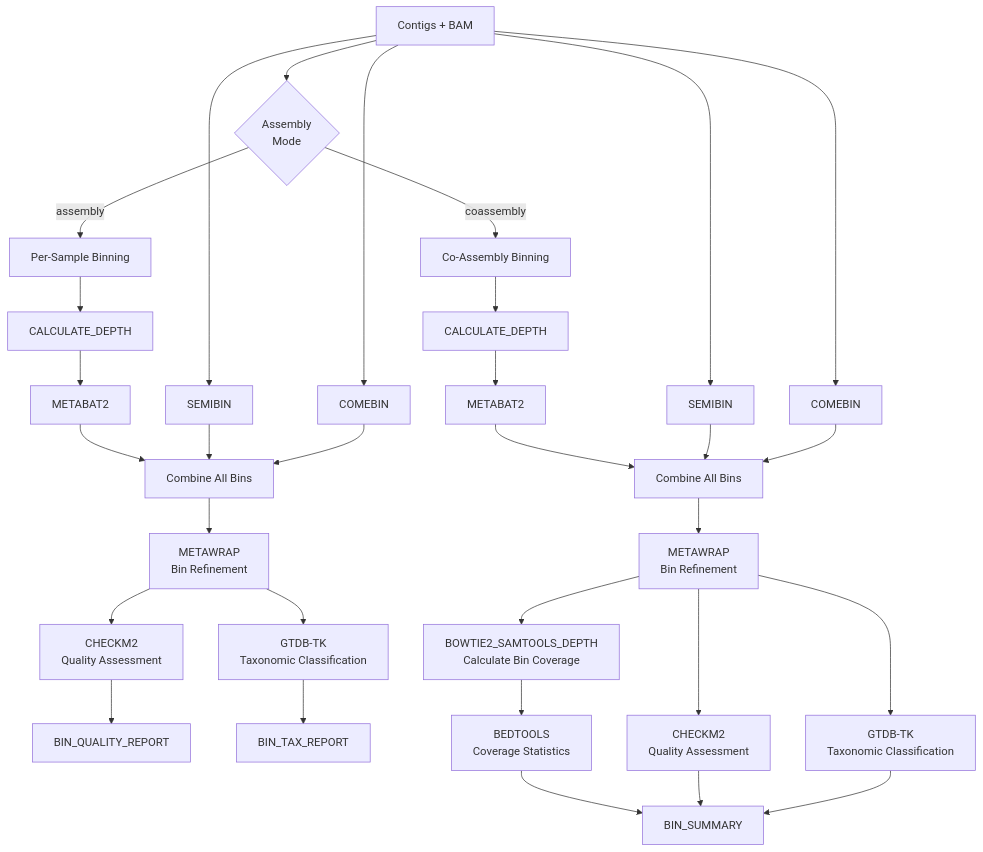
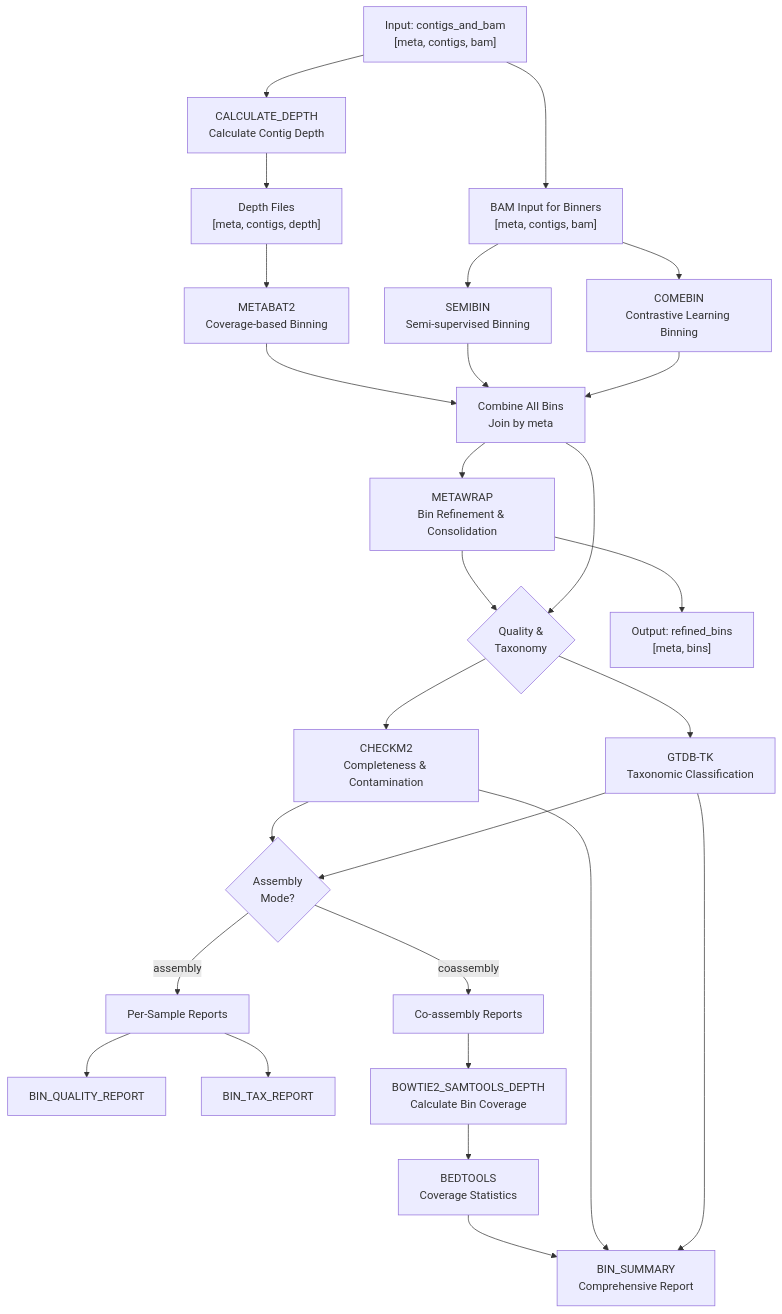
One commit to gene2dis/BugBuster changed the seventh of 8 diagrams in docs/WORKFLOW_DIAGRAM.md. Above: the diagram before and after it, drawn with Mermaid. The commit also changed other lines of this file and 4 other files, not shown here.

First line of the commit message:
``` docs(workflow): update binning workflow diagrams to reflect unified mode-agnostic implementation

````diff
--- a/docs/WORKFLOW_DIAGRAM.md
+++ b/docs/WORKFLOW_DIAGRAM.md
@@ -199,35 +199,44 @@
 ```mermaid
 flowchart TD
-    Input[Contigs + BAM] --> Mode{Assembly<br/>Mode}
+    Input["Input: contigs_and_bam<br/>[meta, contigs, bam]"] --> CalcDepth[CALCULATE_DEPTH<br/>Calculate Contig Depth]
     
-    Mode -->|assembly| PerSampleBin[Per-Sample Binning]
-    PerSampleBin --> Depth1[CALCULATE_DEPTH]
-    Depth1 --> MetaBAT1[METABAT2]
-    Input --> SemiBin1[SEMIBIN]
-    Input --> COMEBin1[COMEBIN]
-    MetaBAT1 --> Combine1[Combine All Bins]
-    SemiBin1 --> Combine1
-    COMEBin1 --> Combine1
-    Combine1 --> MetaWRAP1[METAWRAP<br/>Bin Refinement]
-    MetaWRAP1 --> CheckM1[CHECKM2<br/>Quality Assessment]
-    MetaWRAP1 --> GTDBTK1[GTDB-TK<br/>Taxonomic Classification]
-    CheckM1 --> Report1[BIN_QUALITY_REPORT]
-    GTDBTK1 --> Report2[BIN_TAX_REPORT]
+    CalcDepth --> Depth["Depth Files<br/>[meta, contigs, depth]"]
+    Input --> BinInput["BAM Input for Binners<br/>[meta, contigs, bam]"]
     
-    Mode -->|coassembly| CoAssemblyBin[Co-Assembly Binning]
-    CoAssemblyBin --> Depth2[CALCULATE_DEPTH]
-    Depth2 --> MetaBAT2[METABAT2]
-    Input --> SemiBin2[SEMIBIN]
-    Input --> COMEBin2[COMEBIN]
-    MetaBAT2 --> Combine2[Combine All Bins]
-    SemiBin2 --> Combine2
-    COMEBin2 --> Combine2
-    Combine2 --> MetaWRAP2[METAWRAP<br/>Bin Refinement]
-    MetaWRAP2 --> CheckM2[CHECKM2<br/>Quality Assessment]
-    MetaWRAP2 --> GTDBTK2[GTDB-TK<br/>Taxonomic Classification]
-    MetaWRAP2 --> BinDepth[BOWTIE2_SAMTOOLS_DEPTH<br/>Calculate Bin Coverage]
-    BinDepth --> Bedtools[BEDTOOLS<br/>Coverage Statistics]
-    Bedtools --> Summary[BIN_SUMMARY]
-    CheckM2 --> Summary
-    GTDBTK2 --> Summary
+    %% Parallel binning
+    Depth --> MetaBAT[METABAT2<br/>Coverage-based Binning]
+    BinInput --> SemiBin[SEMIBIN<br/>Semi-supervised Binning]
+    BinInput --> COMEBin[COMEBIN<br/>Contrastive Learning Binning]
+    
+    %% Combine bins
+    MetaBAT --> Combine[Combine All Bins<br/>Join by meta]
+    SemiBin --> Combine
+    COMEBin --> Combine
+    
+    %% Refinement
+    Combine --> MetaWRAP[METAWRAP<br/>Bin Refinement & Consolidation]
+    
+    %% Quality and Taxonomy
+    MetaWRAP --> QualTax{Quality &<br/>Taxonomy}
+    Combine --> QualTax
+    QualTax --> CheckM[CHECKM2<br/>Completeness & Contamination]
+    QualTax --> GTDBTK[GTDB-TK<br/>Taxonomic Classification]
+    
+    %% Mode-specific reporting
+    CheckM --> ModeCheck{Assembly<br/>Mode?}
+    GTDBTK --> ModeCheck
+    
+    ModeCheck -->|assembly| AssemblyReports[Per-Sample Reports]
+    AssemblyReports --> QualReport[BIN_QUALITY_REPORT]
+    AssemblyReports --> TaxReport[BIN_TAX_REPORT]
+    
+    ModeCheck -->|coassembly| CoassemblyReports[Co-assembly Reports]
+    CoassemblyReports --> BinCov[BOWTIE2_SAMTOOLS_DEPTH<br/>Calculate Bin Coverage]
+    BinCov --> Bedtools[BEDTOOLS<br/>Coverage Statistics]
+    Bedtools --> Summary[BIN_SUMMARY<br/>Comprehensive Report]
+    CheckM --> Summary
+    GTDBTK --> Summary
+    
+    %% Output
+    MetaWRAP --> Output["Output: refined_bins<br/>[meta, bins]"]
 ```
````
